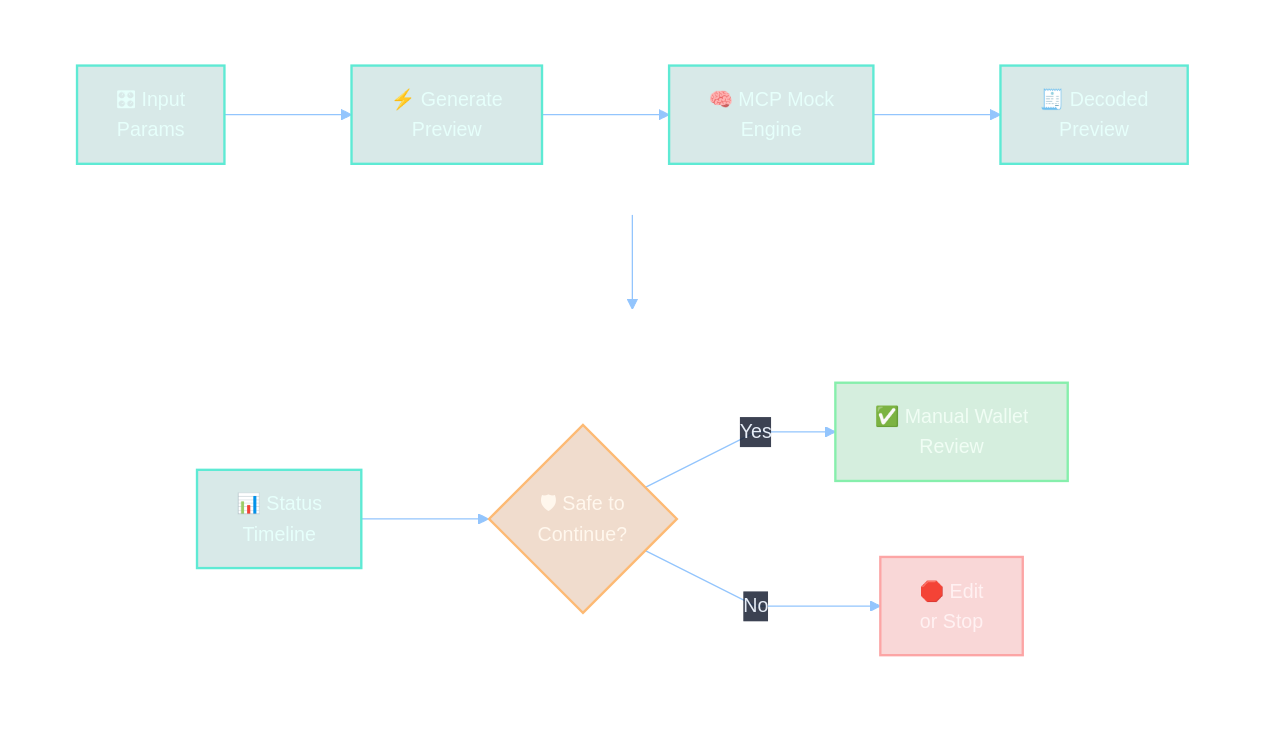
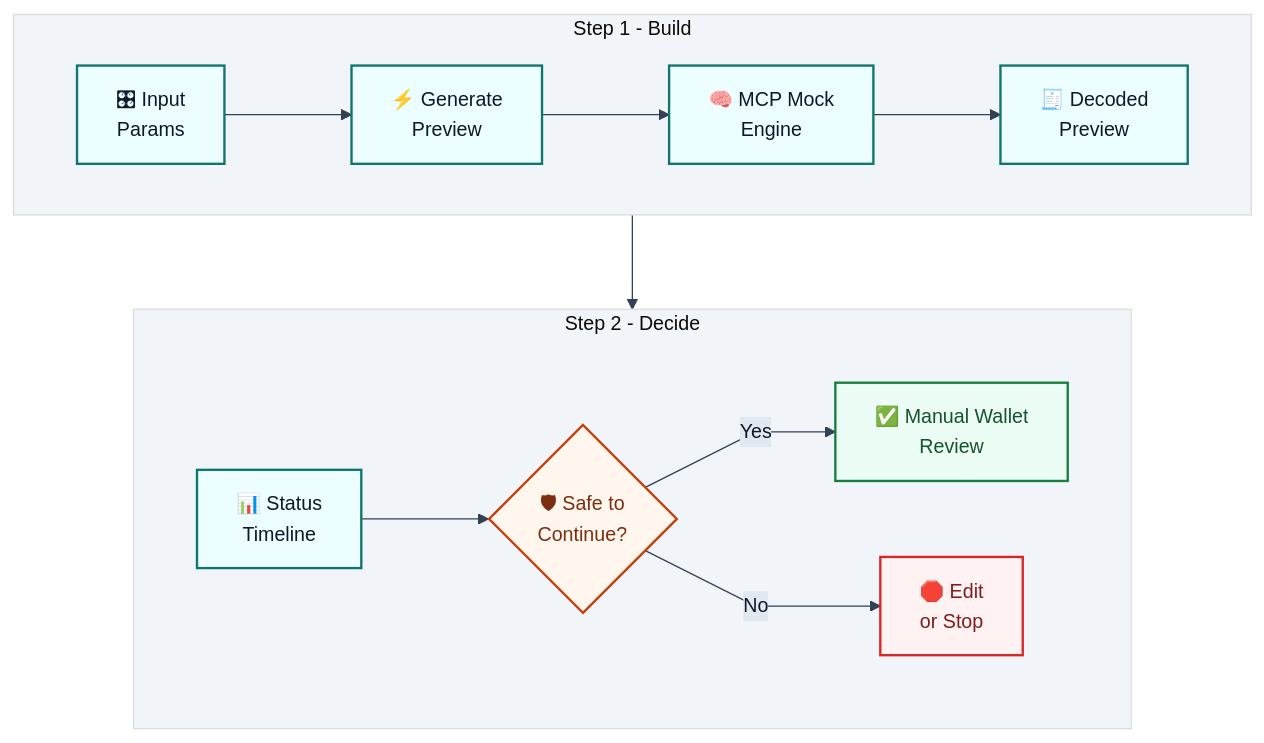
The first of 8 diagrams in README.md (sunshineluyao/Moss-Mcp-Transaction), drawn with Mermaid before and after one commit. The commit also changed other lines of this file, not shown here.

Commit message:
docs: make mermaid diagrams github-renderer compatible

````diff
--- a/README.md
+++ b/README.md
@@ -153,29 +153,29 @@
 ```mermaid
-%%{init: {'theme':'base','flowchart': {'htmlLabels': true, 'nodeSpacing': 58, 'rankSpacing': 72, 'curve': 'linear'},'themeVariables': {'fontFamily':'Trebuchet MS, Segoe UI, sans-serif','fontSize':'15px','primaryColor':'transparent','primaryBorderColor':'#5eead4','primaryTextColor':'#e6edf7','lineColor':'#93c5fd','secondaryColor':'rgba(15,23,42,0.18)','tertiaryColor':'transparent','background':'transparent','edgeLabelBackground':'rgba(15,23,42,0.62)'},'themeCSS': '.edgeLabel rect{fill:rgba(15,23,42,0.62)!important;stroke:rgba(148,163,184,0.45)!important;} .edgeLabel p,.edgeLabel span{color:#e6edf7!important;}'} }%%
+%%{init: {'theme':'base','flowchart': {'htmlLabels': true, 'nodeSpacing': 58, 'rankSpacing': 72, 'curve': 'linear'},'themeVariables': {'fontFamily':'Trebuchet MS, Segoe UI, sans-serif','fontSize':'15px','primaryColor':'#eef6ff','primaryBorderColor':'#3b82f6','primaryTextColor':'#0f172a','lineColor':'#334155','secondaryColor':'#f8fafc','tertiaryColor':'#f1f5f9','edgeLabelBackground':'#e2e8f0'}}}%%
 flowchart TB
   subgraph R1[Step 1 - Build]
     direction LR
     A["🎛 Input<br/>Params"] --> B["⚡ Generate<br/>Preview"]
     B --> C["🧠 MCP Mock<br/>Engine"]
     C --> D["🧾 Decoded<br/>Preview"]
   end
 
   subgraph R2[Step 2 - Decide]
     direction LR
     E["📊 Status<br/>Timeline"] --> F{"🛡 Safe to<br/>Continue?"}
     F -->|Yes| G["✅ Manual Wallet<br/>Review"]
     F -->|No| H["🛑 Edit<br/>or Stop"]
   end
 
   D --> E
 
-  classDef main fill:#0f766e29,stroke:#5eead4,stroke-width:1.8px,color:#e6fffb;
-  classDef decision fill:#b4530933,stroke:#fdba74,stroke-width:1.8px,color:#fff7ed;
-  classDef success fill:#16a34a2e,stroke:#86efac,stroke-width:1.8px,color:#f0fdf4;
-  classDef stop fill:#dc26262e,stroke:#fca5a5,stroke-width:1.8px,color:#fff1f2;
+  classDef main fill:#ecfeff,stroke:#0f766e,stroke-width:1.8px,color:#0f172a;
+  classDef decision fill:#fff7ed,stroke:#c2410c,stroke-width:1.8px,color:#7c2d12;
+  classDef success fill:#ecfdf5,stroke:#15803d,stroke-width:1.8px,color:#14532d;
+  classDef stop fill:#fef2f2,stroke:#dc2626,stroke-width:1.8px,color:#7f1d1d;
 
   class A,B,C,D,E main;
   class F decision;
   class G success;
   class H stop;
 ```
````
